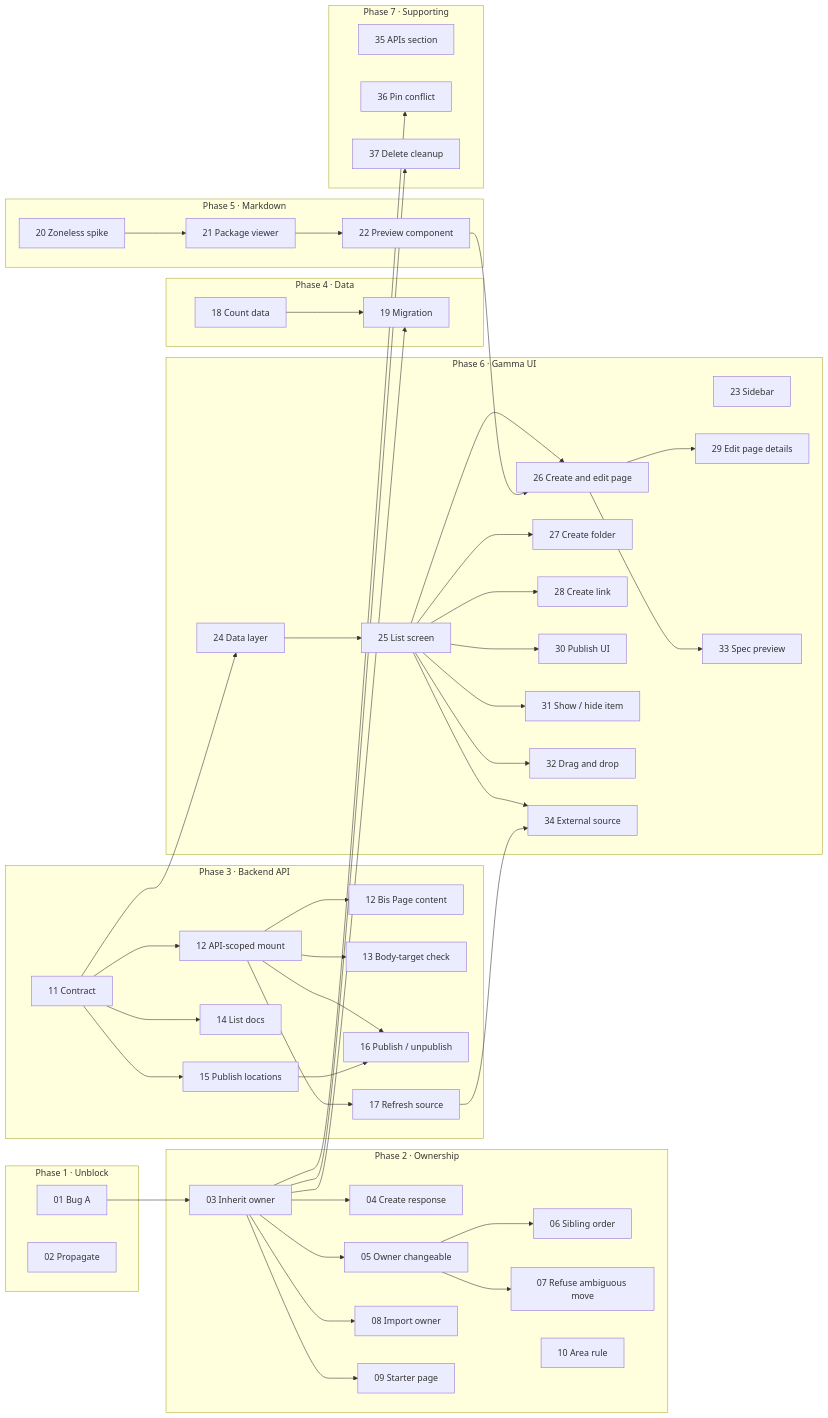
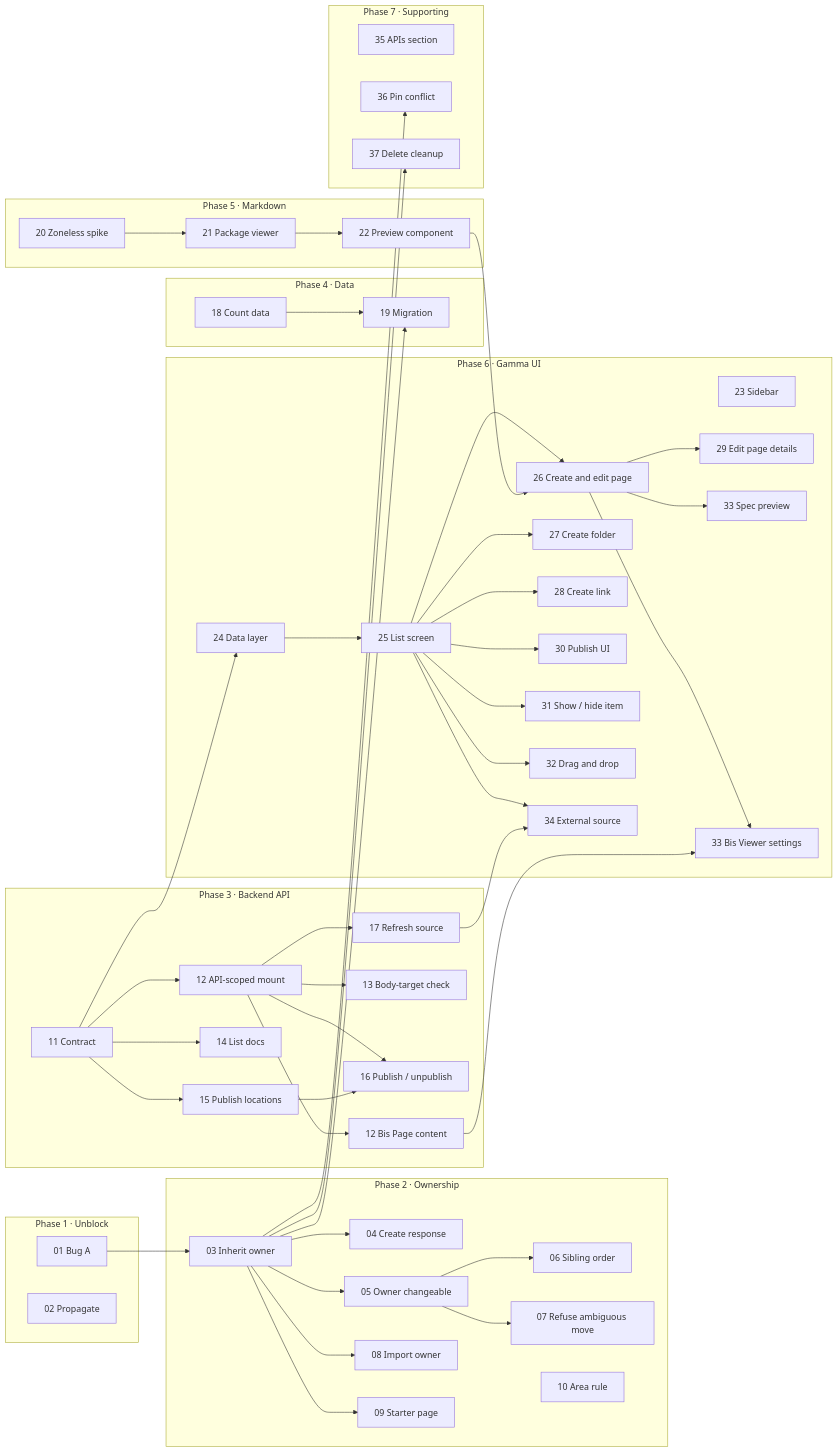
One commit to gravitee-io/gravitee-api-management changed the third of 3 diagrams in plans/PLAN.md. Above: the diagram before and after it, drawn with Mermaid. The commit also changed other lines of this file, not shown here.

First line of the commit message:
docs: add STORY-33 Bis, OpenAPI viewer settings, to the API docs plan

````diff
--- a/plans/PLAN.md
+++ b/plans/PLAN.md
@@ -1411,6 +1446,7 @@
         S31["31 Show / hide item"]
         S32["32 Drag and drop"]
         S33["33 Spec preview"]
+        S33B["33 Bis Viewer settings"]
         S34["34 External source"]
     end
     subgraph P7 ["Phase 7 · Supporting"]
@@ -1451,6 +1487,8 @@
     S25 --> S31
     S25 --> S32
     S26 --> S33
+    S26 --> S33B
+    S12B --> S33B
     S25 --> S34
     S17 --> S34
 ```
````
